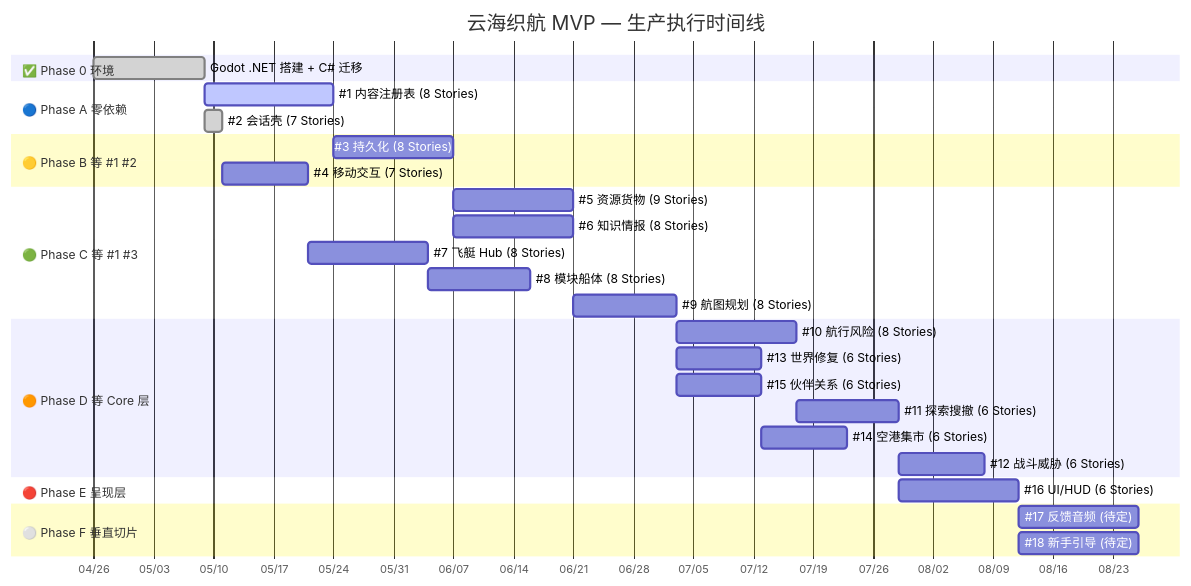
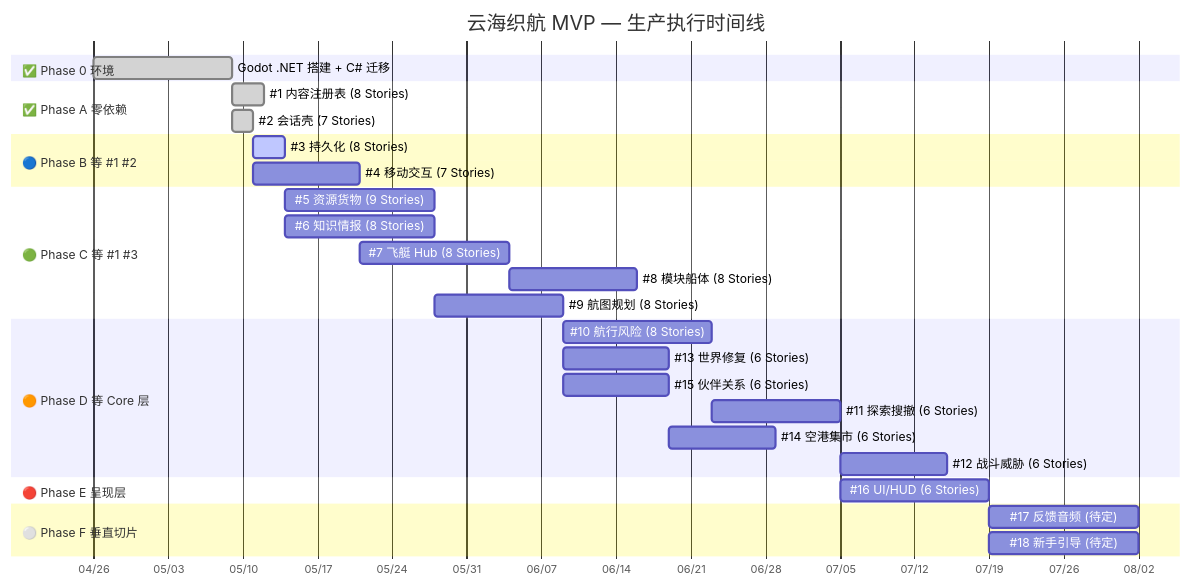
One commit to lieinsay/Claude-Code-Game-Studios changed the first of 3 diagrams in docs/reference/production-flowchart.md. Above: the diagram before and after it, drawn with Mermaid. The commit also changed other lines of this file and 6 other files, not shown here.

````diff
--- a/docs/reference/production-flowchart.md
+++ b/docs/reference/production-flowchart.md
@@ -13,39 +13,39 @@
 ```mermaid
 gantt
     title 云海织航 MVP — 生产执行时间线
     dateFormat YYYY-MM-DD
     axisFormat %m/%d
 
     section ✅ Phase 0 环境
     Godot .NET 搭建 + C# 迁移   :done,    p0, 2026-04-26, 2026-05-09
 
-    section 🔵 Phase A 零依赖
-    #1 内容注册表 (8 Stories)    :active,  p1a, 2026-05-09, 2026-05-24
+    section ✅ Phase A 零依赖
+    #1 内容注册表 (8 Stories)    :done,    p1a, 2026-05-09, 2026-05-12
     #2 会话壳     (7 Stories)    :done,    p1b, 2026-05-09, 2026-05-11
 
-    section 🟡 Phase B 等 #1 #2
-    #3 持久化     (8 Stories)    :         p2a, after p1a, 14d
+    section 🔵 Phase B 等 #1 #2
+    #3 持久化     (8 Stories)    :active,  p2a, 2026-05-11, 2026-05-14
     #4 移动交互   (7 Stories)    :         p2b, after p1b, 10d
 
     section 🟢 Phase C 等 #1 #3
     #5 资源货物   (9 Stories)    :         p3a, after p2a, 14d
     #6 知识情报   (8 Stories)    :         p3b, after p2a, 14d
     #7 飞艇 Hub   (8 Stories)    :         p3c, after p2b, 14d
     #8 模块船体   (8 Stories)    :         p3d, after p3c, 12d
     #9 航图规划   (8 Stories)    :         p3e, after p3b, 12d
 
     section 🟠 Phase D 等 Core 层
     #10 航行风险  (8 Stories)    :         p4a, after p3e, 14d
     #13 世界修复  (6 Stories)    :         p4b, after p3e, 10d
     #15 伙伴关系  (6 Stories)    :         p4c, after p3e, 10d
     #11 探索搜撤  (6 Stories)    :         p4d, after p4a, 12d
     #14 空港集市  (6 Stories)    :         p4e, after p4b, 10d
     #12 战斗威胁  (6 Stories)    :         p4f, after p4d, 10d
 
     section 🔴 Phase E 呈现层
     #16 UI/HUD    (6 Stories)    :         p5a, after p4d, 14d
 
     section ⚪ Phase F 垂直切片
     #17 反馈音频  (待定)         :         p6a, after p5a, 14d
     #18 新手引导  (待定)         :         p6b, after p5a, 14d
 ```
````
